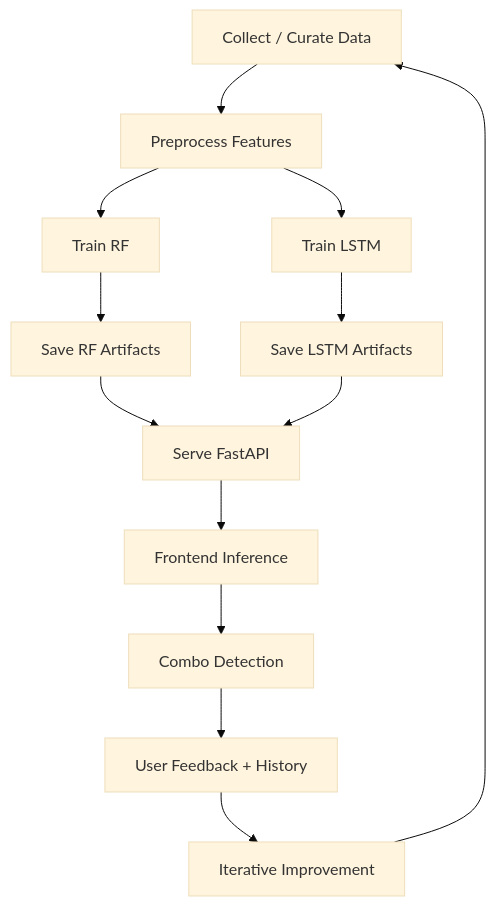
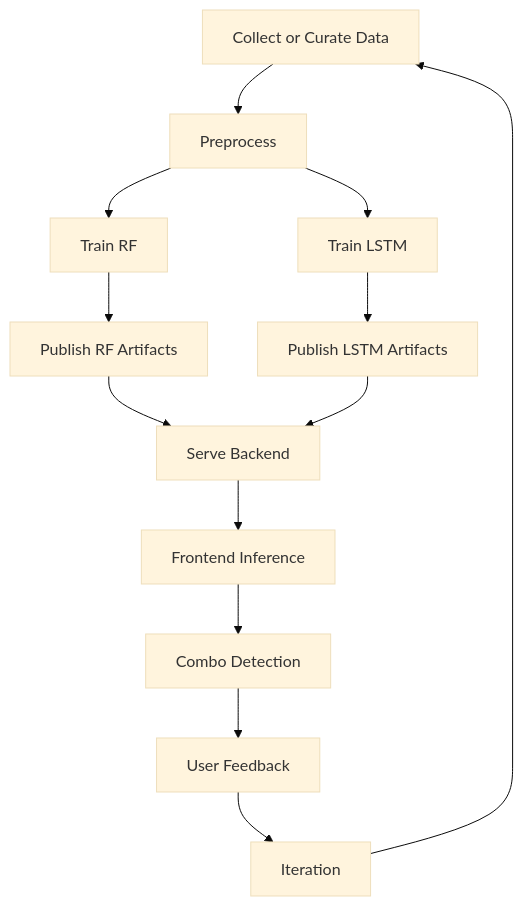
The sixth of 6 diagrams in architecture_and_workflows.md (RishiStudies/hand_sign_detection_dynamic), drawn with Mermaid (base theme) before and after one commit. The commit also changed other lines of this file and 4 other files, not shown here.

````diff
--- a/architecture_and_workflows.md
+++ b/architecture_and_workflows.md
@@ -213,15 +200,15 @@
 ```mermaid
 flowchart TD
-    A[Collect / Curate Data] --> B[Preprocess Features]
+    A[Collect or Curate Data] --> B[Preprocess]
     B --> C[Train RF]
     B --> D[Train LSTM]
-    C --> E[Save RF Artifacts]
-    D --> F[Save LSTM Artifacts]
-    E --> G[Serve FastAPI]
+    C --> E[Publish RF Artifacts]
+    D --> F[Publish LSTM Artifacts]
+    E --> G[Serve Backend]
     F --> G
     G --> H[Frontend Inference]
     H --> I[Combo Detection]
-    I --> J[User Feedback + History]
-    J --> K[Iterative Improvement]
+    I --> J[User Feedback]
+    J --> K[Iteration]
     K --> A
 ```
````
